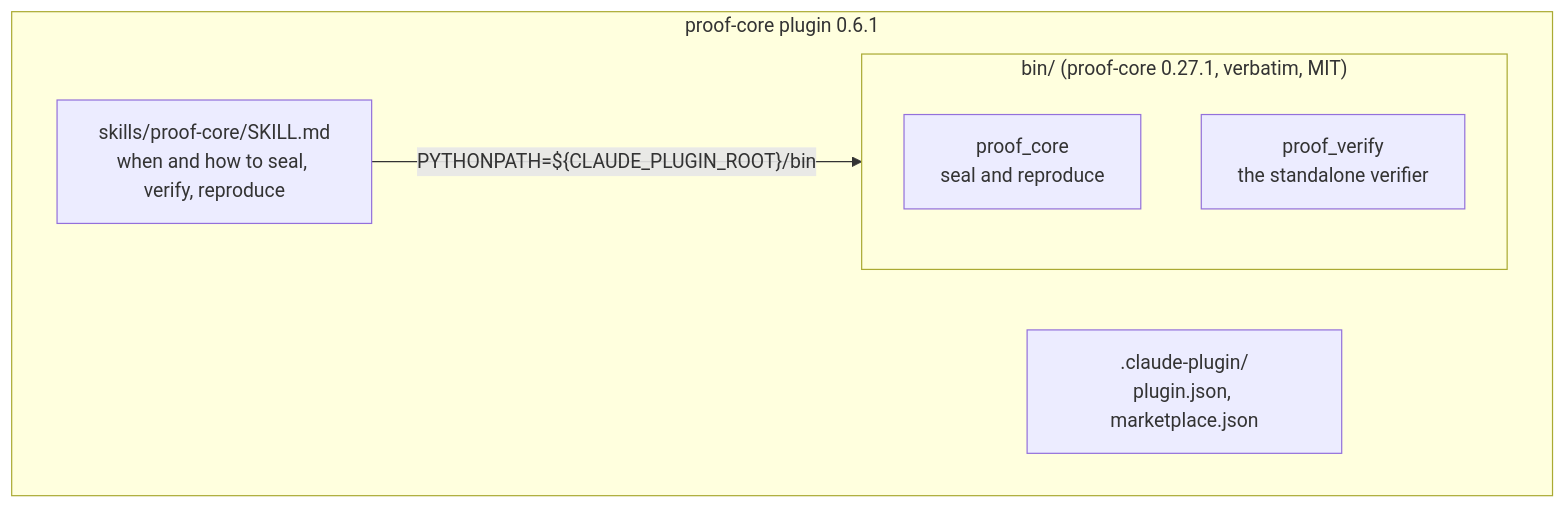
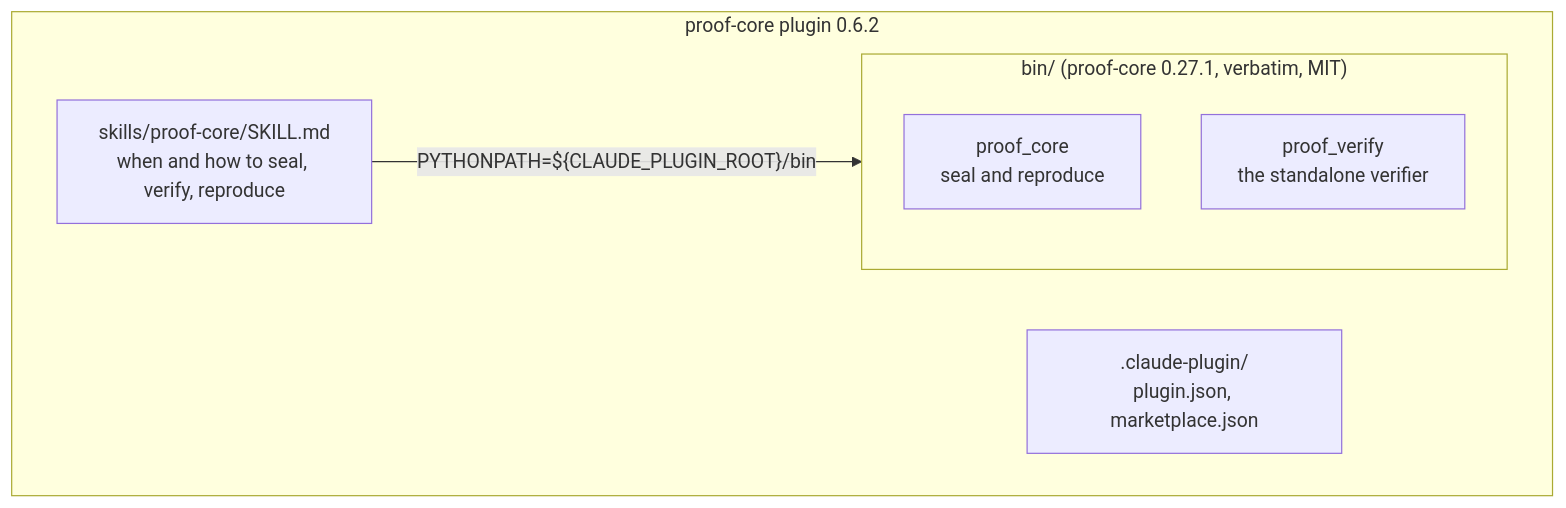
The second of 3 diagrams in README.md (SMRFORGE/proof-core), drawn with Mermaid before and after one commit. The commit also changed other lines of this file and 2 other files, not shown here.

First line of the commit message:
release: v0.6.2 (docs: prove-it 1.1.1 findings; still proof-core 0.27.1)

````diff
--- a/README.md
+++ b/README.md
@@ -76,12 +88,12 @@
 ```mermaid
 flowchart TB
-    subgraph plugin["proof-core plugin 0.6.1"]
+    subgraph plugin["proof-core plugin 0.6.2"]
         MAN[".claude-plugin/<br/>plugin.json, marketplace.json"]
         SKILL["skills/proof-core/SKILL.md<br/>when and how to seal, verify, reproduce"]
         subgraph bin["bin/ (proof-core 0.27.1, verbatim, MIT)"]
             PC["proof_core<br/>seal and reproduce"]
             PV["proof_verify<br/>the standalone verifier"]
         end
     end
     SKILL -->|"PYTHONPATH=${CLAUDE_PLUGIN_ROOT}/bin"| bin
 ```
````
